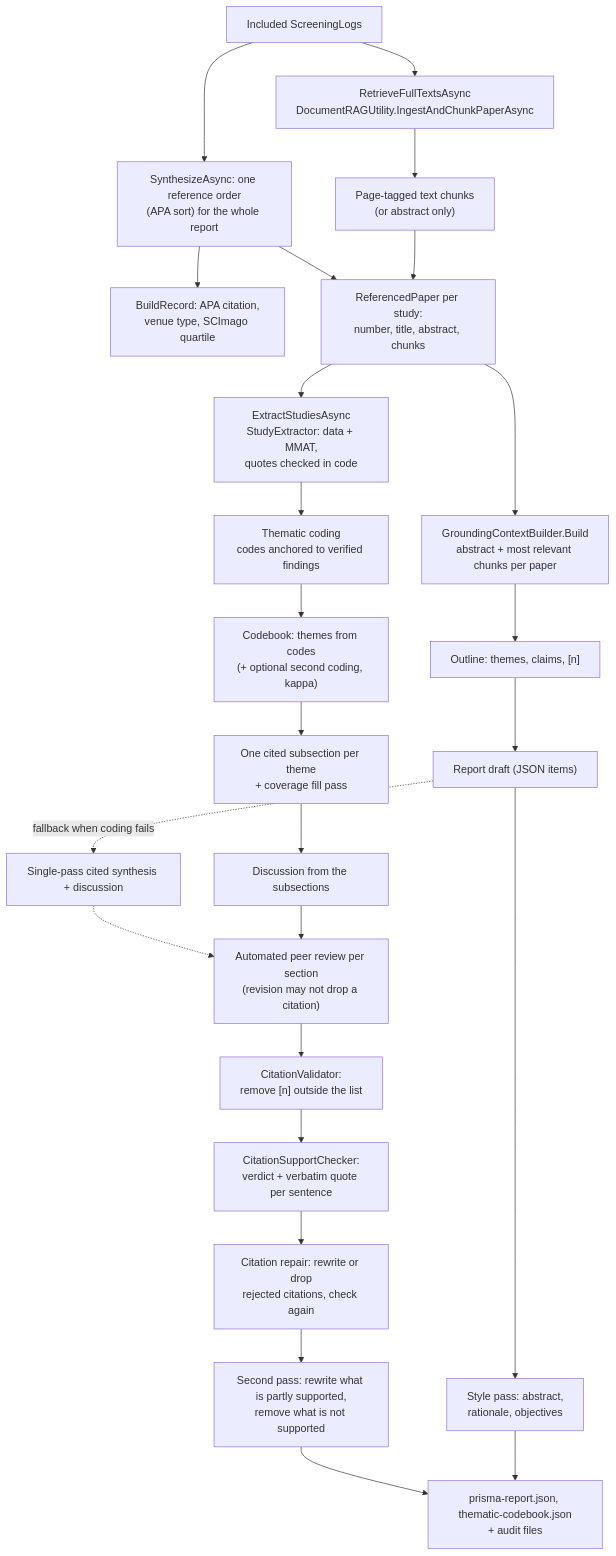
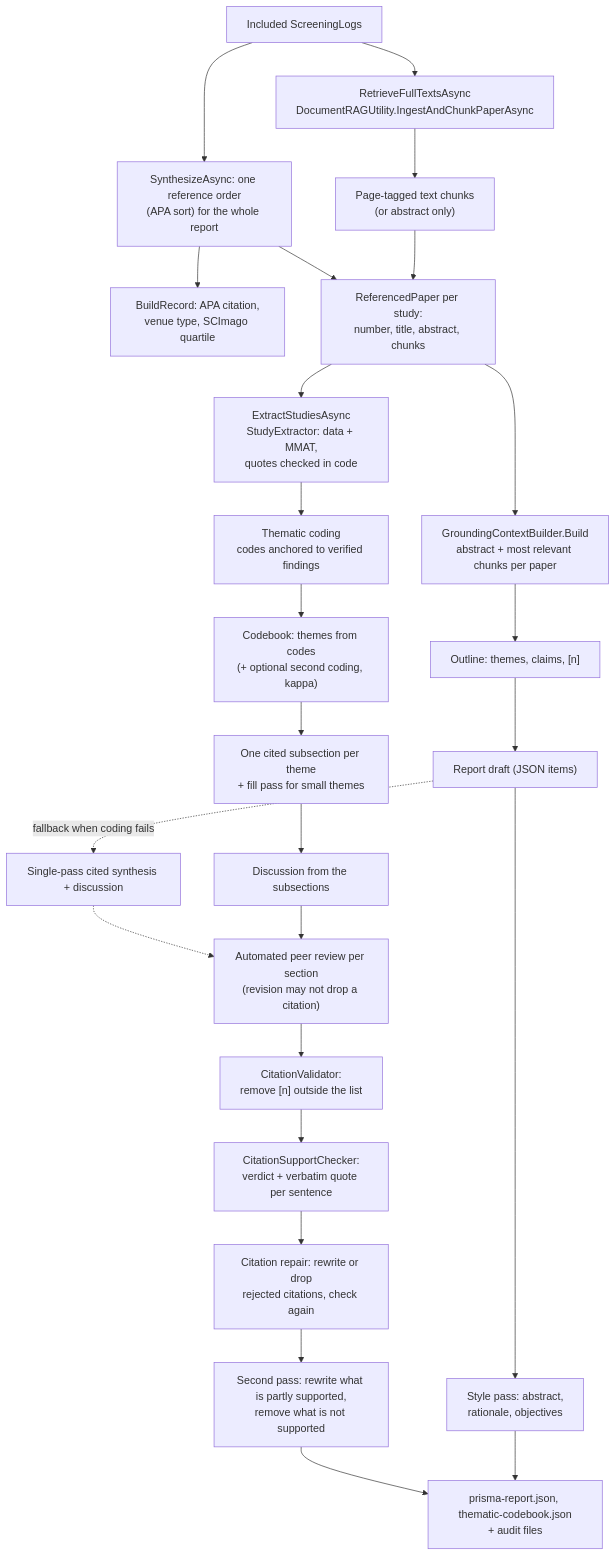
One commit to lauPhilip/au-btech-literature-review-agent changed the diagram in docs/wiki/04-evidence-and-report.md. Above: the diagram before and after it, drawn with Mermaid. The commit also changed other lines of this file and 2 other files, not shown here.

First line of the commit message:
(docs): Describe the rule on references per sentence and the shape of a large theme

````diff
--- a/docs/wiki/04-evidence-and-report.md
+++ b/docs/wiki/04-evidence-and-report.md
@@ -7,26 +7,26 @@
 ```mermaid
 flowchart TD
     INC["Included ScreeningLogs"] --> FT["RetrieveFullTextsAsync<br/>DocumentRAGUtility.IngestAndChunkPaperAsync"]
     FT --> CH["Page-tagged text chunks<br/>(or abstract only)"]
     INC --> ORD["SynthesizeAsync: one reference order<br/>(APA sort) for the whole report"]
     ORD --> REC["BuildRecord: APA citation,<br/>venue type, SCImago quartile"]
     CH --> REF["ReferencedPaper per study:<br/>number, title, abstract, chunks"]
     ORD --> REF
     REF --> EX["ExtractStudiesAsync<br/>StudyExtractor: data + MMAT,<br/>quotes checked in code"]
     REF --> GC["GroundingContextBuilder.Build<br/>abstract + most relevant chunks per paper"]
     GC --> OUT["Outline: themes, claims, [n]"]
     OUT --> DR["Report draft (JSON items)"]
     DR --> ST["Style pass: abstract,<br/>rationale, objectives"]
     EX --> COD["Thematic coding<br/>codes anchored to verified findings"]
     COD --> CB["Codebook: themes from codes<br/>(+ optional second coding, kappa)"]
-    CB --> TS["One cited subsection per theme<br/>+ coverage fill pass"]
+    CB --> TS["One cited subsection per theme<br/>+ fill pass for small themes"]
     TS --> DIS["Discussion from the subsections"]
     DIS --> PRV["Automated peer review per section<br/>(revision may not drop a citation)"]
     DR -. "fallback when coding fails" .-> CS["Single-pass cited synthesis + discussion"]
     CS -.-> PRV
     PRV --> RV["CitationValidator:<br/>remove [n] outside the list"]
     RV --> SC["CitationSupportChecker:<br/>verdict + verbatim quote per sentence"]
     SC --> RP["Citation repair: rewrite or drop<br/>rejected citations, check again"]
     RP --> RP2["Second pass: rewrite what is partly supported,<br/>remove what is not supported"]
     ST & RP2 --> REP["prisma-report.json, thematic-codebook.json<br/>+ audit files"]
 ```
````
